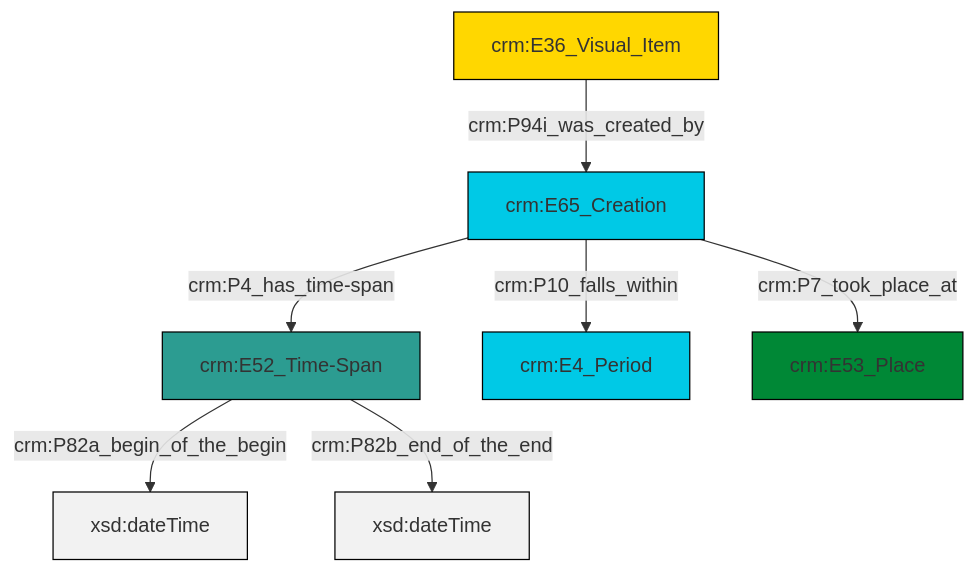
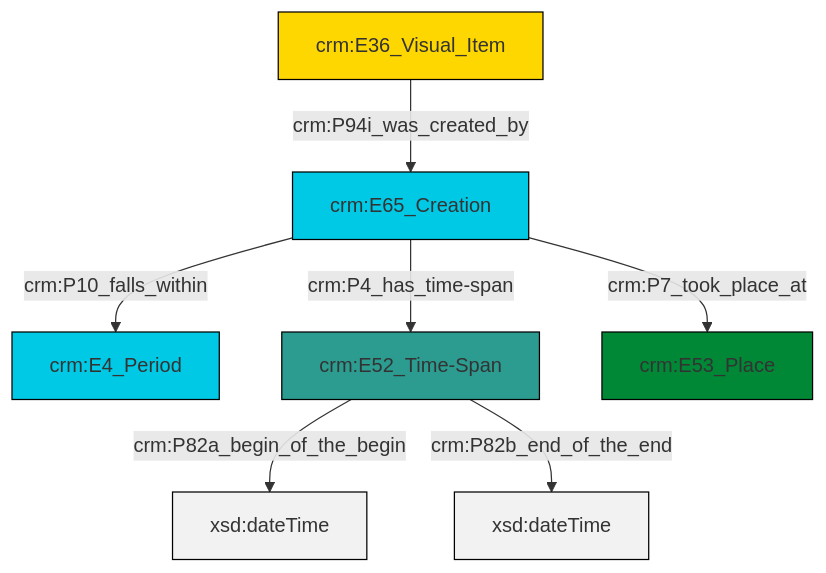
One commit to swiss-art-research-net/docs.swissartresearch changed the diagram in et/imgCSV/ttl/mmd/img_existence.ttl.mmd. Above: the diagram before and after it, drawn with Mermaid. The commit also changed 179 other files, not shown here.

```diff
--- a/et/imgCSV/ttl/mmd/img_existence.ttl.mmd
+++ b/et/imgCSV/ttl/mmd/img_existence.ttl.mmd
@@ -1,21 +1,21 @@
 graph TD
 classDef Literal fill:#f2f2f2,stroke:#000000;
 classDef CRM_Entity fill:#FFFFFF,stroke:#000000;
 classDef Temporal_Entity fill:#00C9E6, stroke:#000000;
 classDef Type fill:#E18312, stroke:#000000;
 classDef Time-Span fill:#2C9C91, stroke:#000000;
 classDef Appellation fill:#FFEB7F, stroke:#000000;
 classDef Place fill:#008836, stroke:#000000;
 classDef Persistent_Item fill:#B266B2, stroke:#000000;
 classDef Conceptual_Object fill:#FFD700, stroke:#000000;
 classDef Physical_Thing fill:#D2B48C, stroke:#000000;
 classDef Actor fill:#f58aad, stroke:#000000;
 classDef PC_Classes fill:#4ce600, stroke:#000000;
 classDef Multi fill:#cccccc,stroke:#000000;
 
-0["crm:E52_Time-Span"]:::Time-Span -->|crm:P82a_begin_of_the_begin| 1[xsd:dateTime]:::Literal
-0["crm:E52_Time-Span"]:::Time-Span -->|crm:P82b_end_of_the_end| 2[xsd:dateTime]:::Literal
-3["crm:E65_Creation"]:::Temporal_Entity -->|crm:P10_falls_within| 4["crm:E4_Period"]:::Temporal_Entity
-3["crm:E65_Creation"]:::Temporal_Entity -->|crm:P7_took_place_at| 5["crm:E53_Place"]:::Place
-3["crm:E65_Creation"]:::Temporal_Entity -->|crm:P4_has_time-span| 0["crm:E52_Time-Span"]:::Time-Span
-10["crm:E36_Visual_Item"]:::Conceptual_Object -->|crm:P94i_was_created_by| 3["crm:E65_Creation"]:::Temporal_Entity
+2["crm:E65_Creation"]:::Temporal_Entity -->|crm:P4_has_time-span| 3["crm:E52_Time-Span"]:::Time-Span
+3["crm:E52_Time-Span"]:::Time-Span -->|crm:P82a_begin_of_the_begin| 4[xsd:dateTime]:::Literal
+5["crm:E36_Visual_Item"]:::Conceptual_Object -->|crm:P94i_was_created_by| 2["crm:E65_Creation"]:::Temporal_Entity
+2["crm:E65_Creation"]:::Temporal_Entity -->|crm:P10_falls_within| 0["crm:E4_Period"]:::Temporal_Entity
+2["crm:E65_Creation"]:::Temporal_Entity -->|crm:P7_took_place_at| 7["crm:E53_Place"]:::Place
+3["crm:E52_Time-Span"]:::Time-Span -->|crm:P82b_end_of_the_end| 11[xsd:dateTime]:::Literal
```
